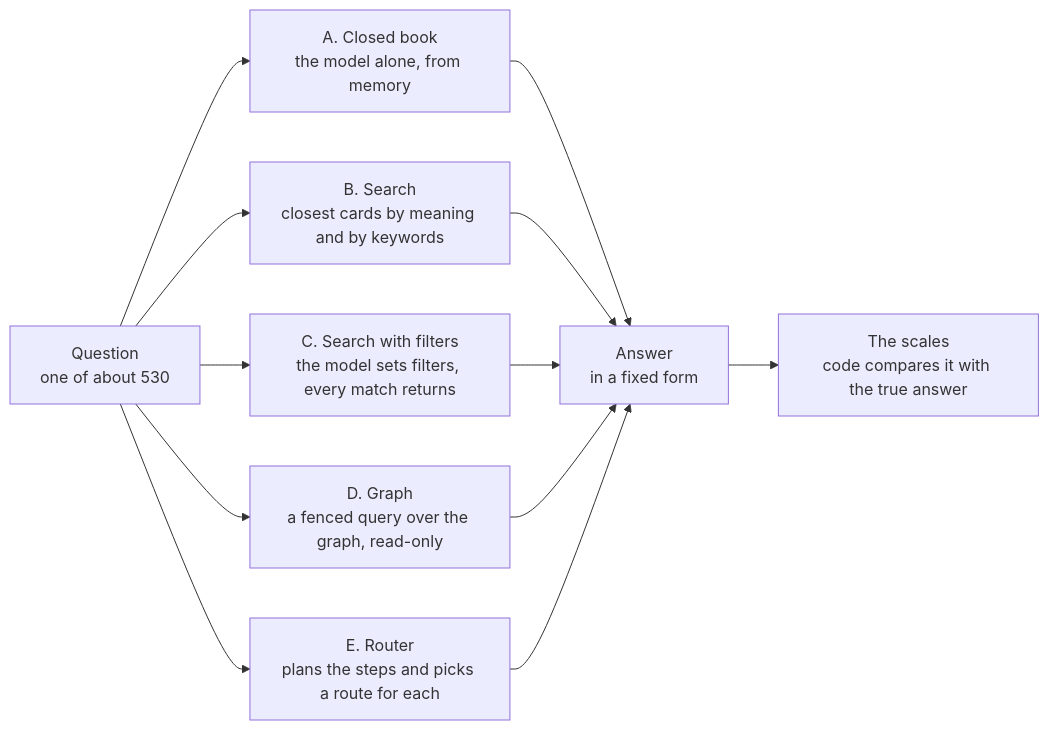
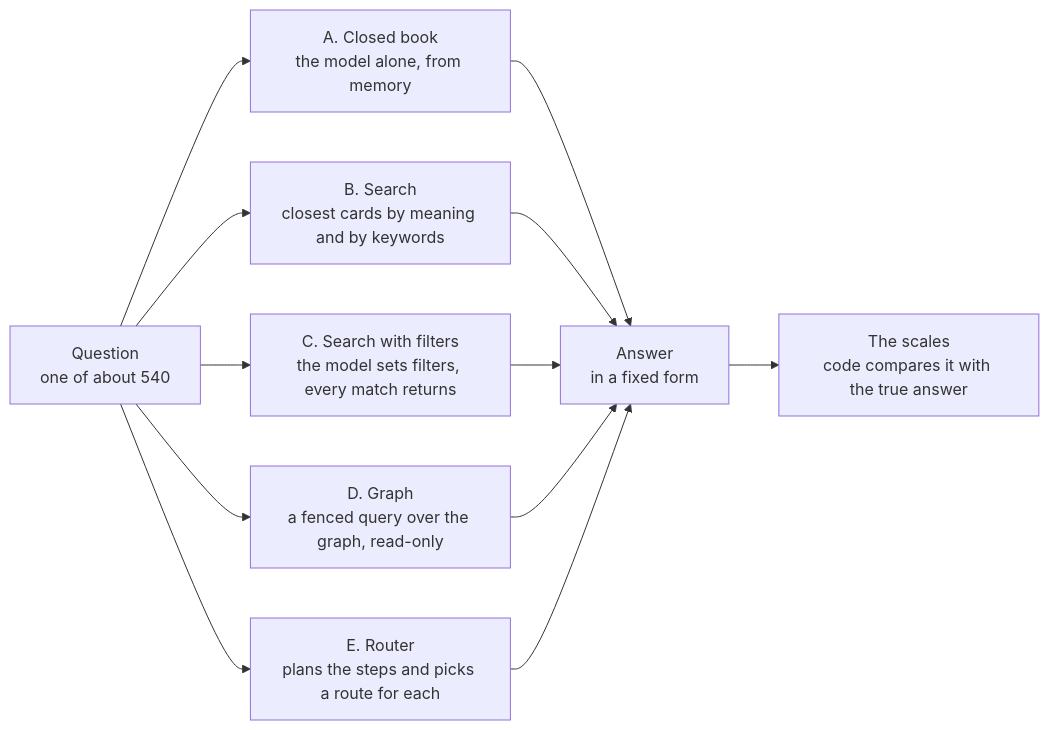
The second of 2 diagrams in docs/BLUEPRINT.md (OGobidike/TopDeck-MTG), drawn with Mermaid before and after one commit. The commit also changed other lines of this file and 8 other files, not shown here.

````diff
--- a/docs/BLUEPRINT.md
+++ b/docs/BLUEPRINT.md
@@ -156,11 +160,11 @@
 ```mermaid
 flowchart LR
-    question["Question<br/>one of about 530"]
+    question["Question<br/>one of about 540"]
     question --> a["A. Closed book<br/>the model alone, from memory"]
     question --> b["B. Search<br/>closest cards by meaning and by keywords"]
     question --> c["C. Search with filters<br/>the model sets filters, every match returns"]
     question --> d["D. Graph<br/>a fenced query over the graph, read-only"]
     question --> e["E. Router<br/>plans the steps and picks a route for each"]
     a & b & c & d & e --> answer["Answer<br/>in a fixed form"]
     answer --> scales["The scales<br/>code compares it with the true answer"]
 ```
````
